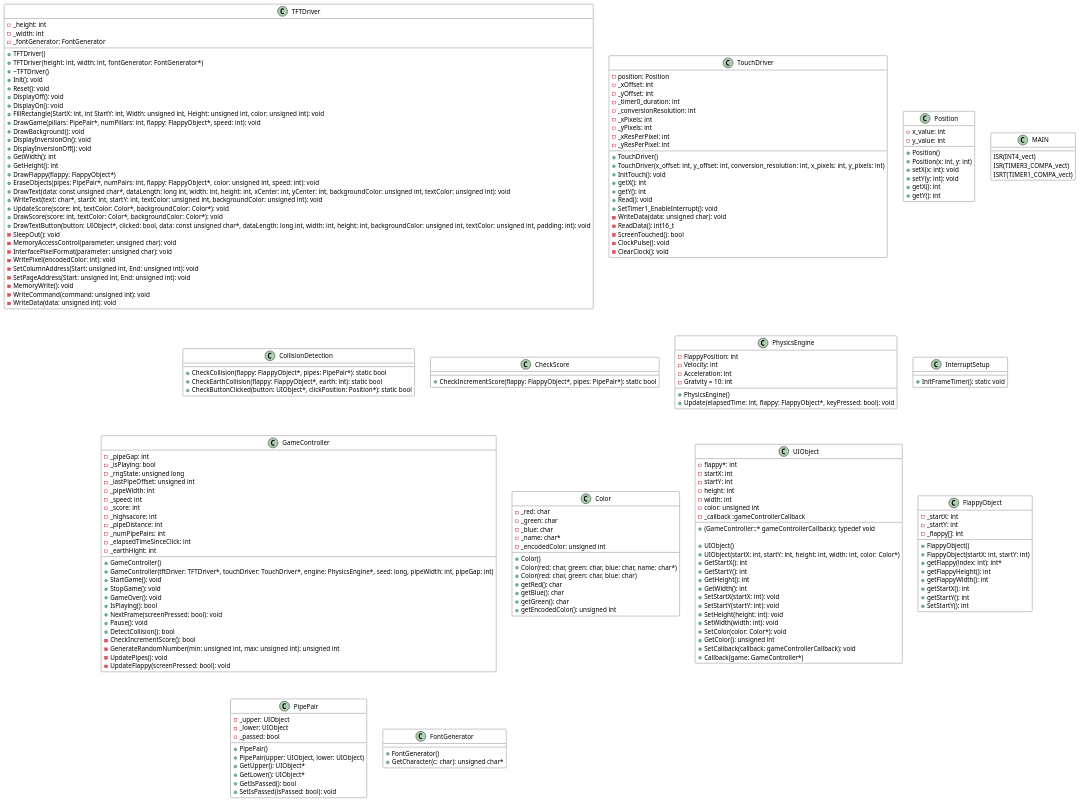
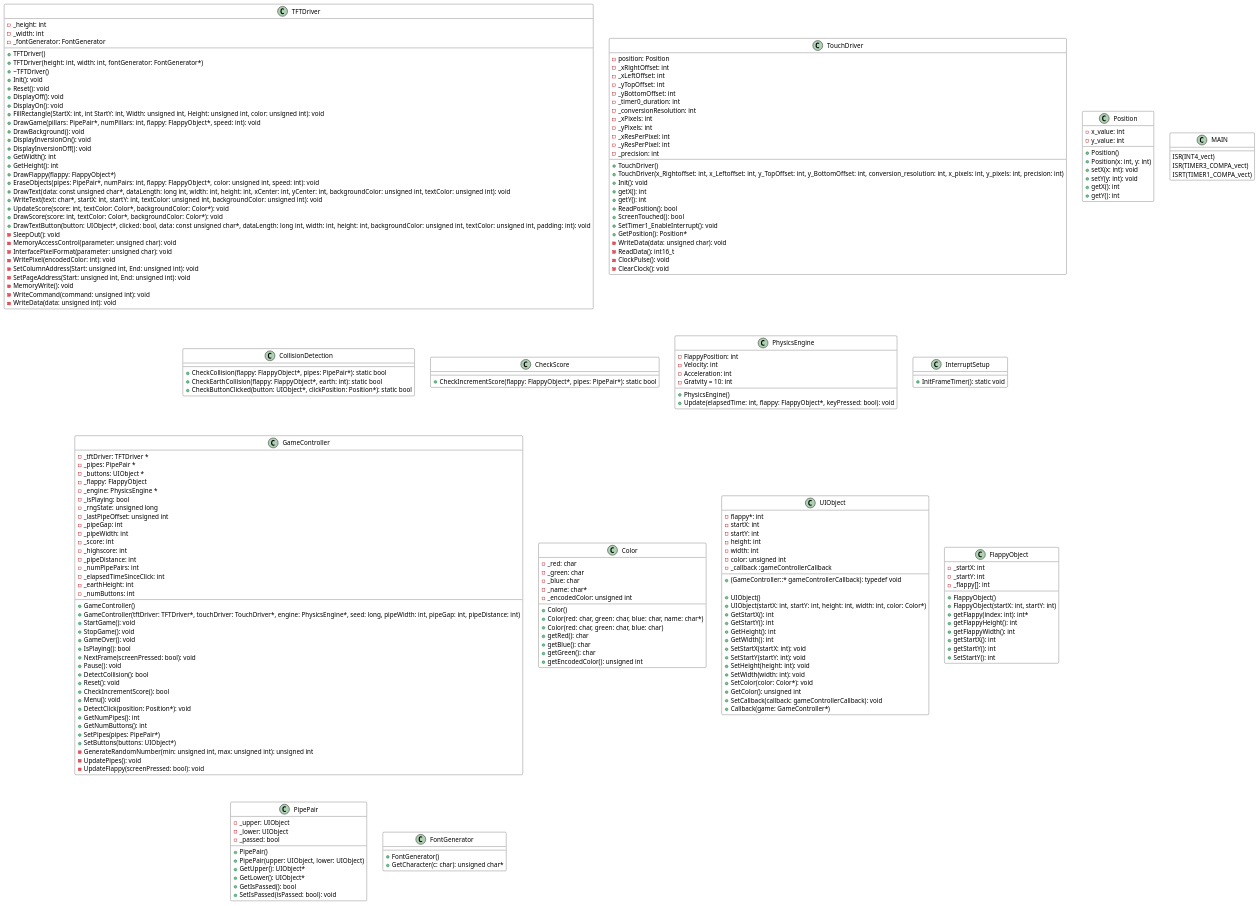
One commit to Valdemartt/AMS changed the diagram in Projekt/diagrams/FlappyBird.wsd. Above: the diagram before and after it, drawn with PlantUML.

```diff
--- a/Projekt/diagrams/FlappyBird.wsd
+++ b/Projekt/diagrams/FlappyBird.wsd
@@ -43,26 +43,30 @@
 class TouchDriver
 {
     +TouchDriver()
-    +TouchDriver(x_offset: int, y_offset: int, conversion_resolution: int, x_pixels: int, y_pixels: int)
-    +InitTouch(): void
+    +TouchDriver(x_Rightoffset: int, x_Leftoffset: int, y_TopOffset: int, y_BottomOffset: int, conversion_resolution: int, x_pixels: int, y_pixels: int, precision: int)
+    +Init(): void
     +getX(): int
     +getY(): int
-    +Read(): void
+    +ReadPosition(): bool
+    +ScreenTouched(): bool
     +SetTimer1_EnableInterrupt(): void
+    +GetPosition(): Position*
     -WriteData(data: unsigned char): void
     -ReadData(): int16_t
-    -ScreenTouched(): bool
     -ClockPulse(): void
     -ClearClock(): void
     -position: Position
-    -_xOffset: int
-    -_yOffset: int
+    -_xRightOffset: int
+	-_xLeftOffset: int
+	-_yTopOffset: int
+	-_yBottomOffset: int
     -_timer0_duration: int
     -_conversionResolution: int
     -_xPixels: int
     -_yPixels: int
     -_xResPerPixel: int
     -_yResPerPixel: int
+    -_precision: int
 }
 
 class Position
@@ -114,7 +118,7 @@
 class GameController
 {
     +GameController()
-    +GameController(tftDriver: TFTDriver*, touchDriver: TouchDriver*, engine: PhysicsEngine*, seed: long, pipeWidth: int, pipeGap: int)
+    +GameController(tftDriver: TFTDriver*, touchDriver: TouchDriver*, engine: PhysicsEngine*, seed: long, pipeWidth: int, pipeGap: int, pipeDistance: int)
     +StartGame(): void
     +StopGame(): void
     +GameOver(): void
@@ -122,22 +126,34 @@
     +NextFrame(screenPressed: bool): void
     +Pause(): void
     +DetectCollision(): bool
-    -CheckIncrementScore(): bool
+    +Reset(): void
+    +CheckIncrementScore(): bool
+    +Menu(): void
+    +DetectClick(position: Position*): void
+    +GetNumPipes(): int
+    +GetNumButtons(): int
+    +SetPipes(pipes: PipePair*)
+    +SetButtons(buttons: UIObject*)
     -GenerateRandomNumber(min: unsigned int, max: unsigned int): unsigned int
     -UpdatePipes(): void
     -UpdateFlappy(screenPressed: bool): void
-    -_pipeGap: int
-    -_isPlaying: bool
-    -_rngState: unsigned long
-    -_lastPipeOffset: unsigned int
-    -_pipeWidth: int
-    -_speed: int
-    -_score: int
-    -_highsacore: int
-    -_pipeDistance: int
-    -_numPipePairs: int
-    -_elapsedTimeSinceClick: int
-    -_earthHight: int
+    -_tftDriver: TFTDriver *
+	-_pipes: PipePair *
+	-_buttons: UIObject *
+	-_flappy: FlappyObject
+	-_engine: PhysicsEngine *
+	-_isPlaying: bool
+	-_rngState: unsigned long
+	-_lastPipeOffset: unsigned int
+	-_pipeGap: int
+	-_pipeWidth: int
+	-_score: int
+	-_highscore: int 
+	-_pipeDistance: int
+	-_numPipePairs: int
+	-_elapsedTimeSinceClick: int
+	-_earthHeight: int
+	-_numButtons: int
 }
 
 class Color
```
